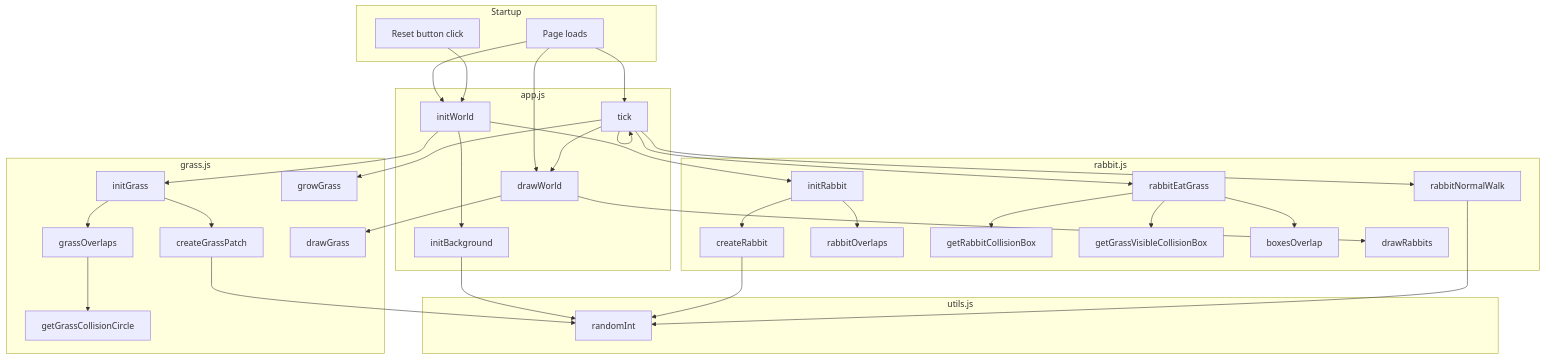
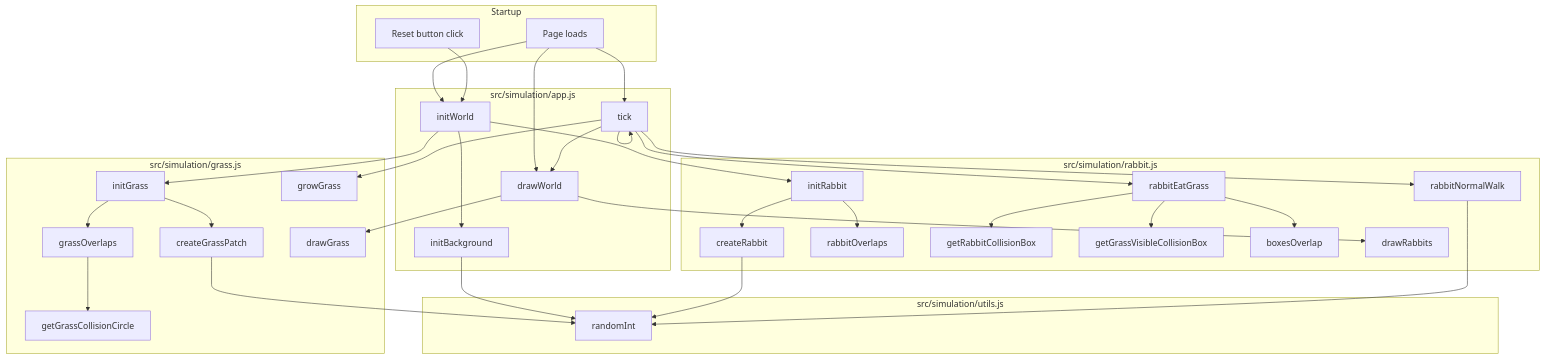
One commit to Nomiz1/school-project-ecosystem changed the diagram in README.md. Above: the diagram before and after it, drawn with Mermaid. The commit also changed other lines of this file and 11 other files, not shown here.

````diff
--- a/README.md
+++ b/README.md
@@ -48,72 +48,72 @@
 ```mermaid
 flowchart TD
 	subgraph Startup
 		Start[Page loads]
 		Reset[Reset button click]
 	end
 
-	subgraph app_js[app.js]
+	subgraph app_js[src/simulation/app.js]
 		initWorld[initWorld]
 		initBackground[initBackground]
 		drawWorld[drawWorld]
 		tick[tick]
 	end
 
-	subgraph grass_js[grass.js]
+	subgraph grass_js[src/simulation/grass.js]
 		initGrass[initGrass]
 		createGrassPatch[createGrassPatch]
 		grassOverlaps[grassOverlaps]
 		getGrassCollisionCircle[getGrassCollisionCircle]
 		growGrass[growGrass]
 		drawGrass[drawGrass]
 	end
 
-	subgraph rabbit_js[rabbit.js]
+	subgraph rabbit_js[src/simulation/rabbit.js]
 		initRabbit[initRabbit]
 		createRabbit[createRabbit]
 		rabbitOverlaps[rabbitOverlaps]
 		rabbitNormalWalk[rabbitNormalWalk]
 		rabbitEatGrass[rabbitEatGrass]
 		getRabbitCollisionBox[getRabbitCollisionBox]
 		getGrassVisibleCollisionBox[getGrassVisibleCollisionBox]
 		boxesOverlap[boxesOverlap]
 		drawRabbits[drawRabbits]
 	end
 
-	subgraph utils_js[utils.js]
+	subgraph utils_js[src/simulation/utils.js]
 		randomInt[randomInt]
 	end
 
 	Start --> initWorld
 	Start --> drawWorld
 	Start --> tick
 	Reset --> initWorld
 
 	initWorld --> initGrass
 	initWorld --> initBackground
 	initWorld --> initRabbit
 
 	initBackground --> randomInt
 
 	drawWorld --> drawGrass
 	drawWorld --> drawRabbits
 
 	tick --> rabbitNormalWalk
 	tick --> rabbitEatGrass
 	tick --> growGrass
 	tick --> drawWorld
 	tick --> tick
 
 	initGrass --> createGrassPatch
 	initGrass --> grassOverlaps
 	createGrassPatch --> randomInt
 	grassOverlaps --> getGrassCollisionCircle
 
 	initRabbit --> createRabbit
 	initRabbit --> rabbitOverlaps
 	createRabbit --> randomInt
 	rabbitNormalWalk --> randomInt
 	rabbitEatGrass --> getRabbitCollisionBox
 	rabbitEatGrass --> getGrassVisibleCollisionBox
 	rabbitEatGrass --> boxesOverlap
 ```
````
